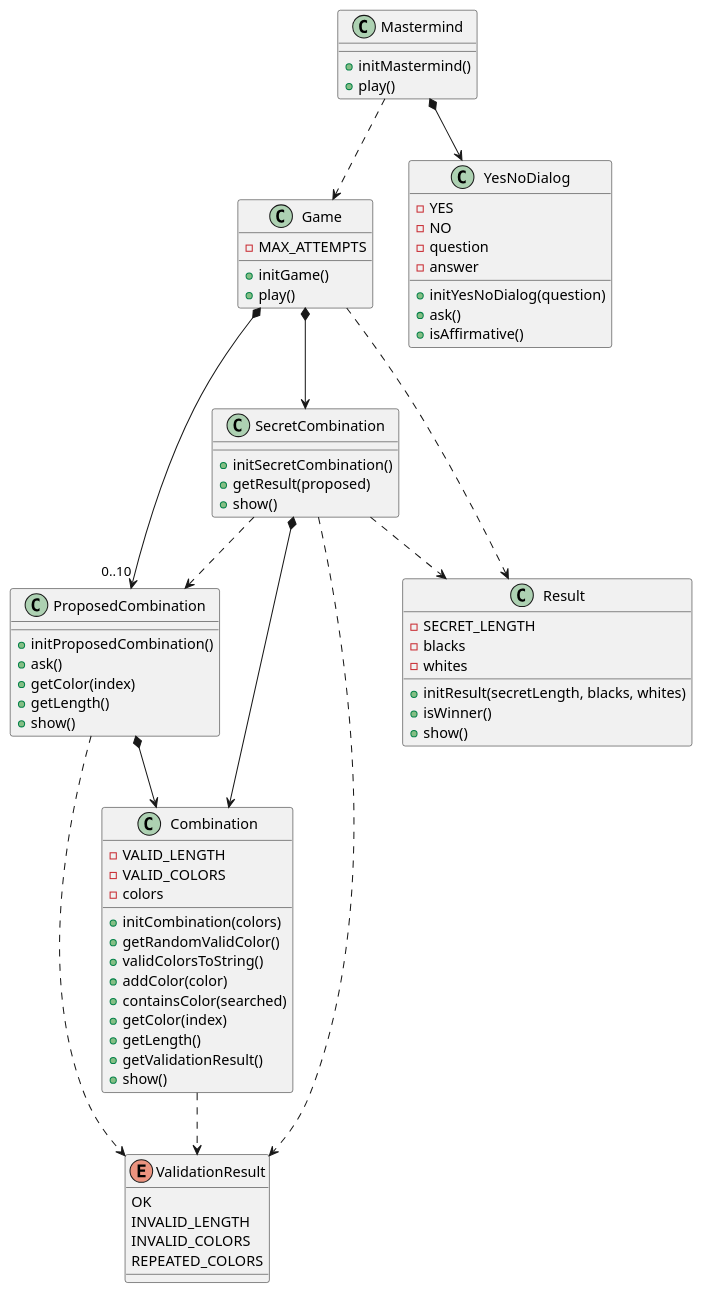
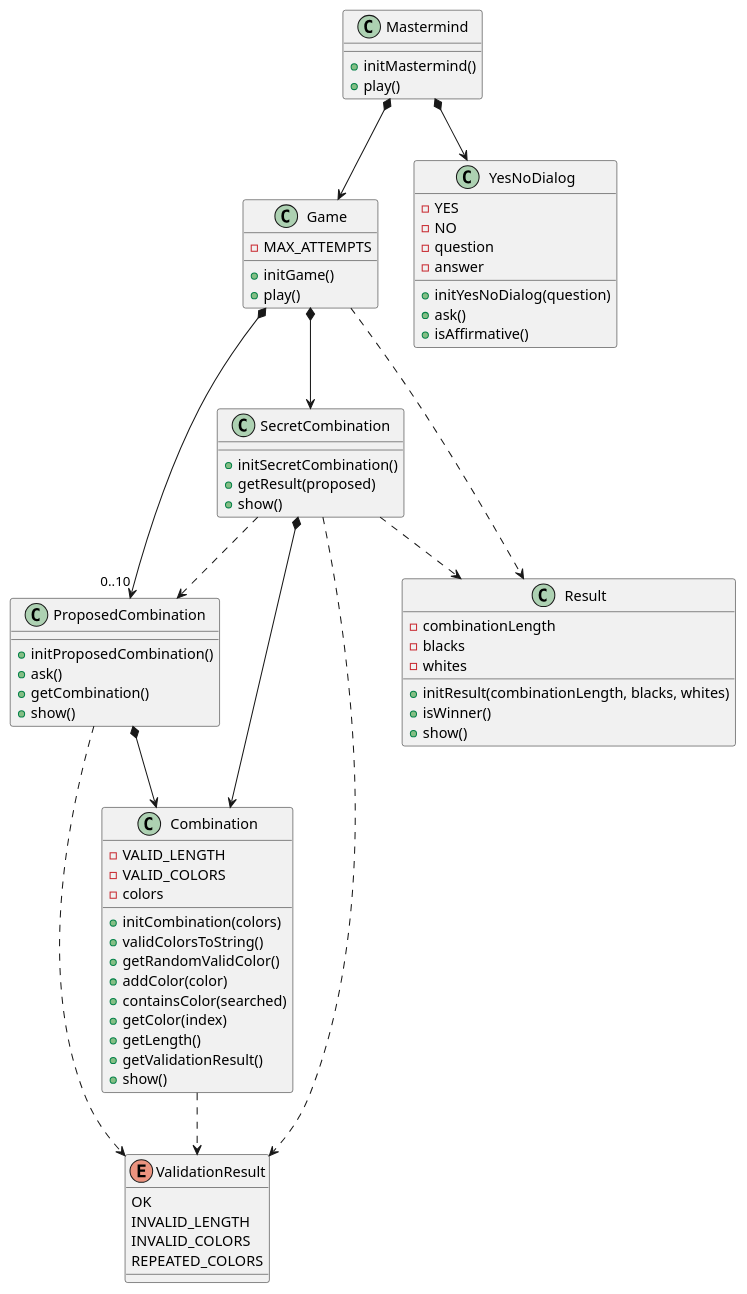
Before and after one commit to PabloMartinFluvia/myGame-mastermind: the diagram in docs/dev-resume/analysis.plantuml, drawn with PlantUML. The commit also changed 3 other files, not shown here.

```diff
--- a/docs/dev-resume/analysis.plantuml
+++ b/docs/dev-resume/analysis.plantuml
@@ -1,88 +1,87 @@
 @startuml analysis
 
 class Mastermind{  
 
     + initMastermind()
     + play()    
 }
-Mastermind ..> Game
+Mastermind *--> Game
 Mastermind *--> YesNoDialog
 
 class Game{
     - MAX_ATTEMPTS
 
     + initGame()
     + play()      
 }
 Game *--> SecretCombination
 Game *--> "0..10" ProposedCombination
 Game .down.> Result
 
 class SecretCombination{
     
     + initSecretCombination()    
     + getResult(proposed)
     + show()    
 
 }
 SecretCombination *-down-> Combination
 SecretCombination .down.> ProposedCombination
 SecretCombination .down.> Result
 SecretCombination .down.> ValidationResult
 
 class Combination{
     - VALID_LENGTH
     - VALID_COLORS    
     - colors
 
     + initCombination(colors)
-    + getRandomValidColor()
     + validColorsToString()
+    + getRandomValidColor()    
     + addColor(color)
     + containsColor(searched)      
     + getColor(index)
     + getLength()          
     + getValidationResult()
     + show()
 }
 Combination .down.> ValidationResult
 
 enum ValidationResult{
     OK
     INVALID_LENGTH
     INVALID_COLORS
     REPEATED_COLORS
 }
 
 class ProposedCombination{
 
     + initProposedCombination()
     + ask()   
-    + getColor(index)
-    + getLength()    
+    + getCombination()  
     + show() 
 }
-ProposedCombination *-down-> Combination
+ProposedCombination *-down-> Combination 
 ProposedCombination .down.> ValidationResult
 
 class Result{
-    - SECRET_LENGTH
+    - combinationLength
     - blacks
     - whites
 
-    + initResult(secretLength, blacks, whites)
+    + initResult(combinationLength, blacks, whites)
     + isWinner()
     + show()    
 }
 
 class YesNoDialog {
     - YES
     - NO
     - question
     - answer    
 
     + initYesNoDialog(question)
     + ask()
     + isAffirmative()
 }
 @enduml
```
